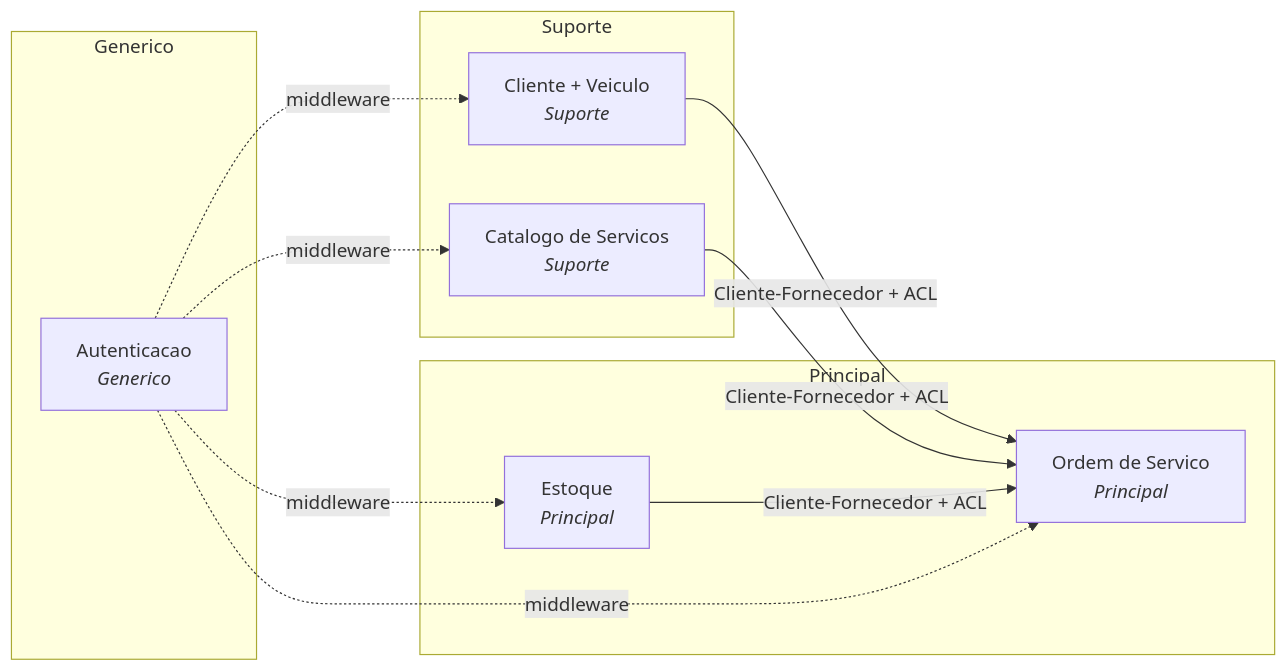
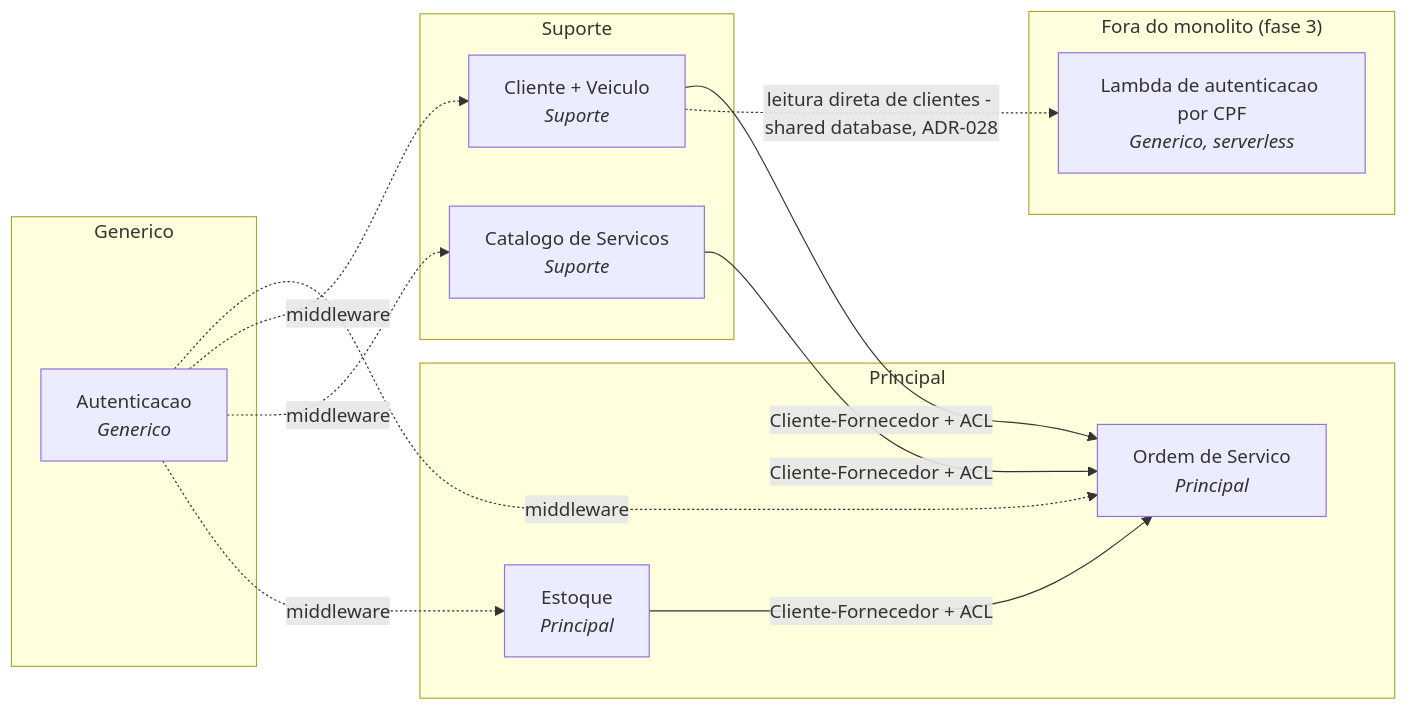
The first of 3 diagrams in docs/arquitetura/mapa-contextos.md (fiap-postech-sw-architecture/postech-sw-arch-p3), drawn with Mermaid before and after one commit. The commit also changed other lines of this file and 19 other files, not shown here.

````diff
--- a/docs/arquitetura/mapa-contextos.md
+++ b/docs/arquitetura/mapa-contextos.md
@@ -11,22 +11,26 @@
 ```mermaid
 graph LR
     subgraph Principal
         OS[Ordem de Servico<br/><i>Principal</i>]
         E[Estoque<br/><i>Principal</i>]
     end
     subgraph Suporte
         C[Cliente + Veiculo<br/><i>Suporte</i>]
         CS[Catalogo de Servicos<br/><i>Suporte</i>]
     end
     subgraph Generico
         A[Autenticacao<br/><i>Generico</i>]
     end
+    subgraph Serverless["Fora do monolito (fase 3)"]
+        L[Lambda de autenticacao por CPF<br/><i>Generico, serverless</i>]
+    end
 
     C -->|Cliente-Fornecedor + ACL| OS
     CS -->|Cliente-Fornecedor + ACL| OS
     E -->|Cliente-Fornecedor + ACL| OS
     A -.->|middleware| OS
     A -.->|middleware| C
     A -.->|middleware| CS
     A -.->|middleware| E
+    C -.->|leitura direta de clientes - shared database, ADR-028| L
 ```
````
